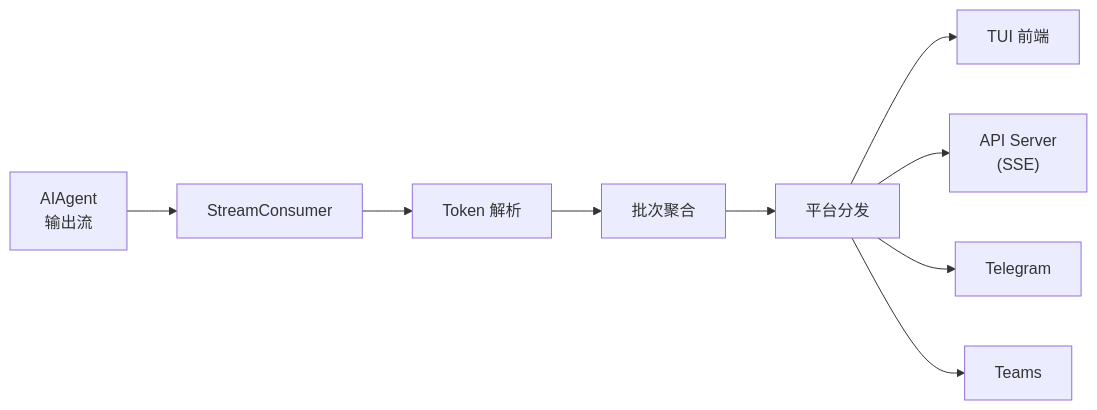
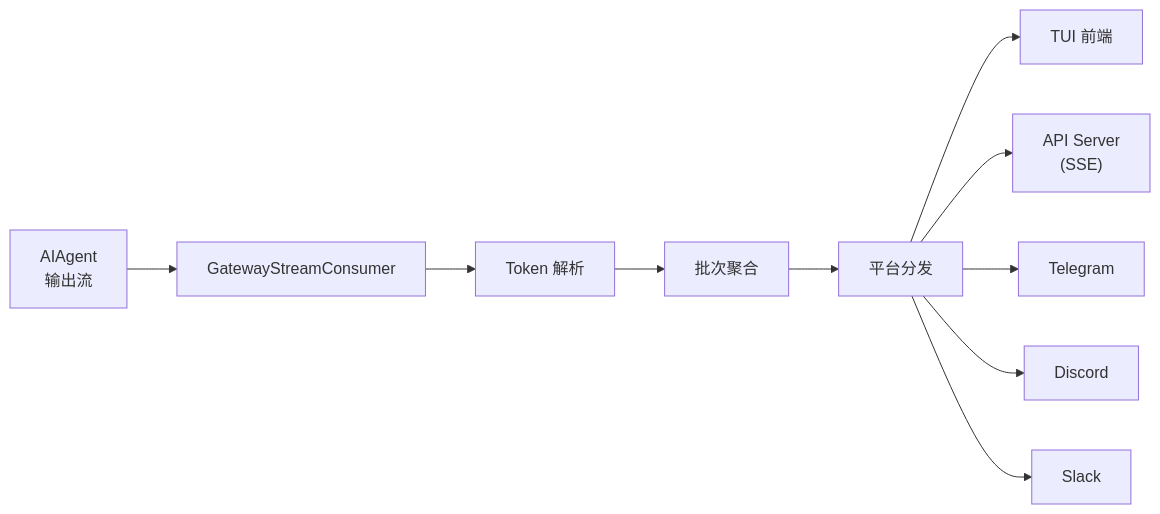
Before and after one commit to pty819/hermes-docs: the sixth of 6 diagrams in chapters/gateway-rpc.rst, drawn with Mermaid. The commit also changed other lines of this file and 27 other files, not shown here.

```diff
--- a/chapters/gateway-rpc.rst
+++ b/chapters/gateway-rpc.rst
@@ -1196,14 +1331,15 @@
 .. mermaid::
    :name: stream-consumer-pipeline
    :caption: Stream Consumer 处理流水线
 
    flowchart LR
-       AGENT["AIAgent<br/>输出流"] --> SC["StreamConsumer"]
+       AGENT["AIAgent<br/>输出流"] --> SC["GatewayStreamConsumer"]
        SC --> PARSE["Token 解析"]
        PARSE --> BATCH["批次聚合"]
        BATCH --> DISPATCH["平台分发"]
 
        DISPATCH --> TUI["TUI 前端"]
        DISPATCH --> API["API Server<br/>(SSE)"]
        DISPATCH --> TG["Telegram"]
-       DISPATCH --> TEAMS["Teams"]
+       DISPATCH --> DISC["Discord"]
+       DISPATCH --> SLACK["Slack"]
```
